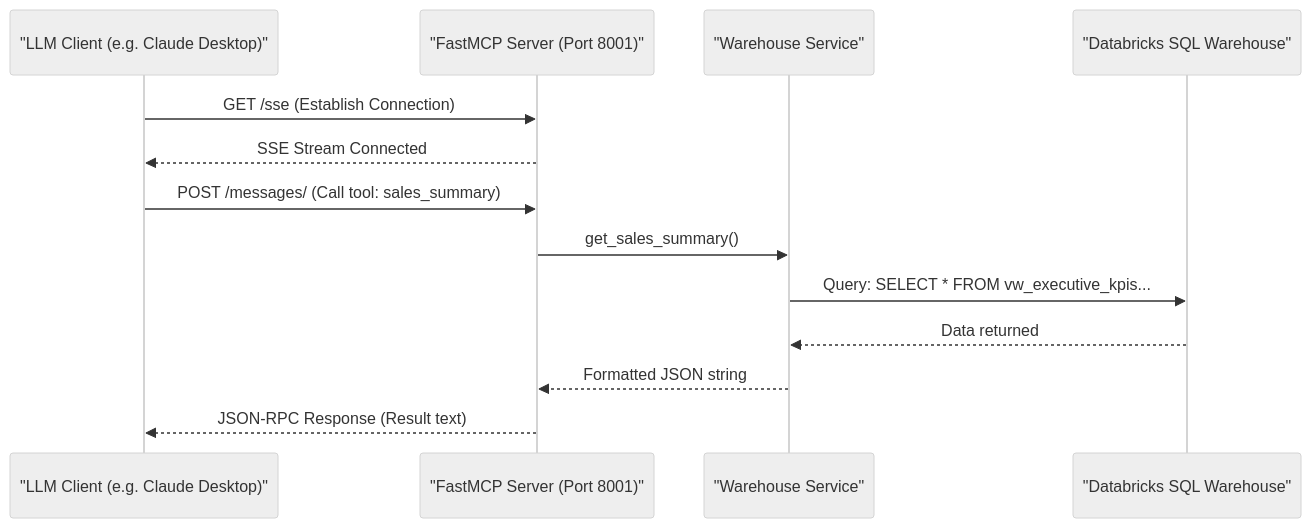
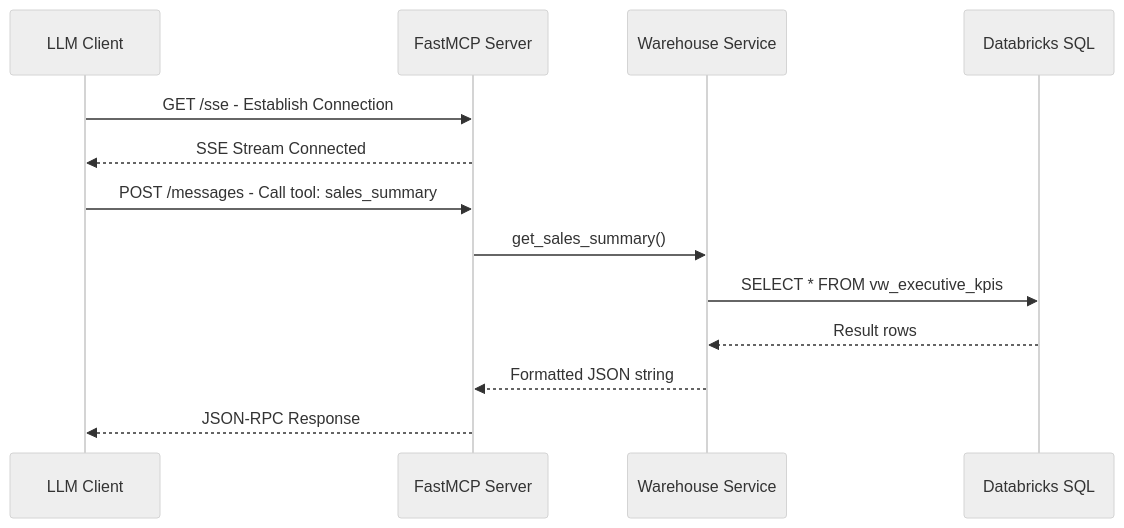
Before and after one commit to Azaken1248/Retail-Intelligence-Platform: the diagram in docs/guide/api-mcp.md, drawn with Mermaid (neutral theme). The commit also changed other lines of this file and 8 other files, not shown here.

Commit message:
docs: complete rewrite of all documentation pages - fix mermaid syntax, add SQL view definitions, improve deepdives and formatting

````diff
--- a/docs/guide/api-mcp.md
+++ b/docs/guide/api-mcp.md
@@ -13,16 +13,17 @@
 ```mermaid
 sequenceDiagram
-    participant LLM as "LLM Client (e.g. Claude Desktop)"
-    participant MCP as "FastMCP Server (Port 8001)"
-    participant WH as "Warehouse Service"
-    participant DB as "Databricks SQL Warehouse"
+    participant LLM as LLM Client
+    participant MCP as FastMCP Server
+    participant WH as Warehouse Service
+    participant DB as Databricks SQL
 
-    LLM->>MCP: GET /sse (Establish Connection)
+    LLM->>MCP: GET /sse - Establish Connection
     MCP-->>LLM: SSE Stream Connected
-    LLM->>MCP: POST /messages/ (Call tool: sales_summary)
+
+    LLM->>MCP: POST /messages - Call tool: sales_summary
     MCP->>WH: get_sales_summary()
-    WH->>DB: Query: SELECT * FROM vw_executive_kpis...
-    DB-->>WH: Data returned
+    WH->>DB: SELECT * FROM vw_executive_kpis
+    DB-->>WH: Result rows
     WH-->>MCP: Formatted JSON string
-    MCP-->>LLM: JSON-RPC Response (Result text)
+    MCP-->>LLM: JSON-RPC Response
 ```
````
